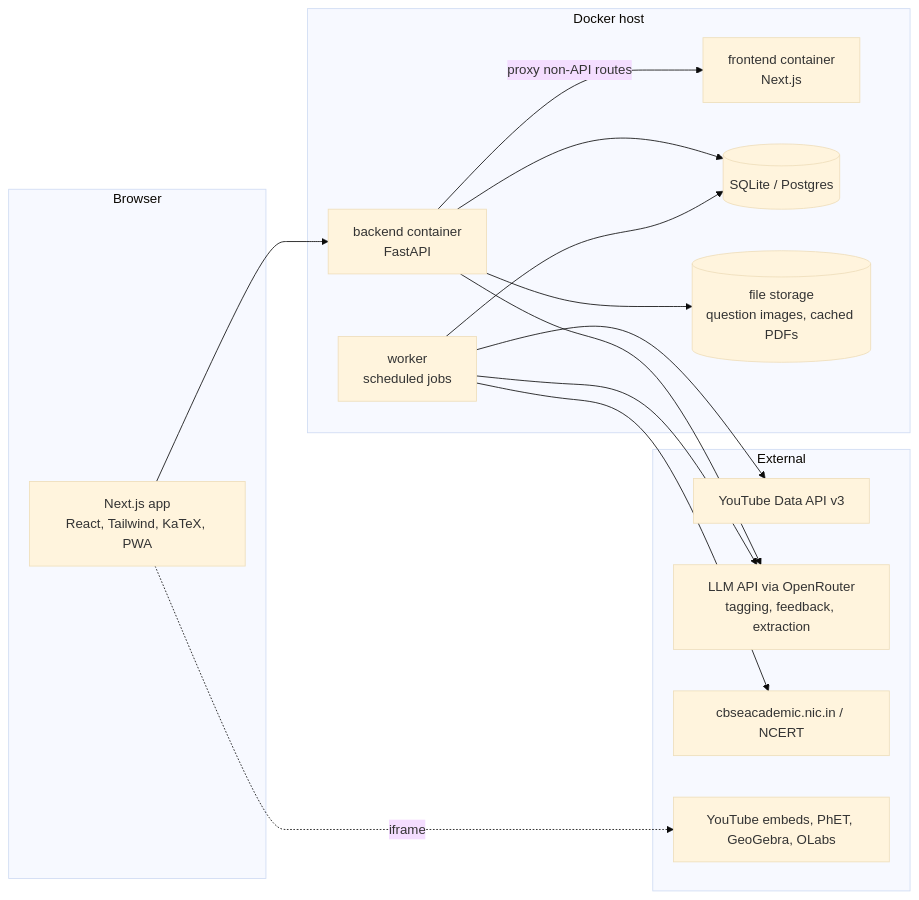
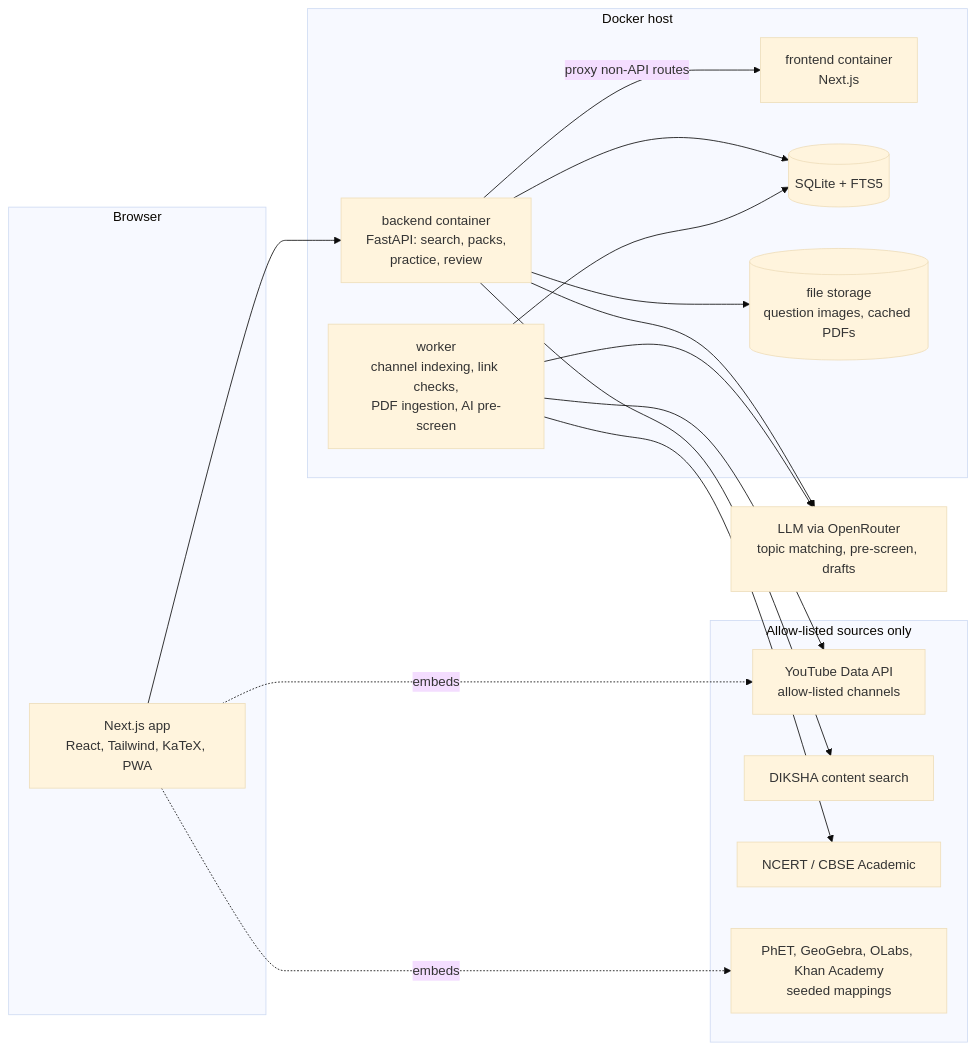
Before and after one commit to akarmakar80/pm: the second of 2 diagrams in docs/CBSE_STUDY_PLATFORM_PLAN.md, drawn with Mermaid (base theme). The commit also changed other lines of this file, not shown here.

First line of the commit message:
Plan: add topic search, saved topic packs and educator verification model

````diff
--- a/docs/CBSE_STUDY_PLATFORM_PLAN.md
+++ b/docs/CBSE_STUDY_PLATFORM_PLAN.md
@@ -158,32 +226,36 @@
 ```mermaid
 flowchart LR
   subgraph Browser
     UI[Next.js app<br/>React, Tailwind, KaTeX, PWA]
   end
 
   subgraph Server[Docker host]
     FE[frontend container<br/>Next.js]
-    BE[backend container<br/>FastAPI]
-    W[worker<br/>scheduled jobs]
-    DB[(SQLite / Postgres)]
+    BE[backend container<br/>FastAPI: search, packs,<br/>practice, review]
+    W[worker<br/>channel indexing, link checks,<br/>PDF ingestion, AI pre-screen]
+    DB[(SQLite + FTS5)]
     FS[(file storage<br/>question images, cached PDFs)]
   end
 
-  subgraph External
-    YT[YouTube Data API v3]
-    LLM[LLM API via OpenRouter<br/>tagging, feedback, extraction]
-    CBSE[cbseacademic.nic.in / NCERT]
-    EMB[YouTube embeds, PhET, GeoGebra, OLabs]
+  subgraph Vetted[Allow-listed sources only]
+    YT[YouTube Data API<br/>allow-listed channels]
+    DK[DIKSHA content search]
+    OFF[NCERT / CBSE Academic]
+    SIM[PhET, GeoGebra, OLabs, Khan Academy<br/>seeded mappings]
   end
+
+  LLM[LLM via OpenRouter<br/>topic matching, pre-screen, drafts]
 
   UI --> BE
   BE -->|proxy non-API routes| FE
   BE --> DB
   BE --> FS
+  BE --> DK
   BE --> LLM
   W --> YT
+  W --> OFF
   W --> LLM
-  W --> CBSE
   W --> DB
-  UI -. iframe .-> EMB
+  UI -. embeds .-> YT
+  UI -. embeds .-> SIM
 ```
````
